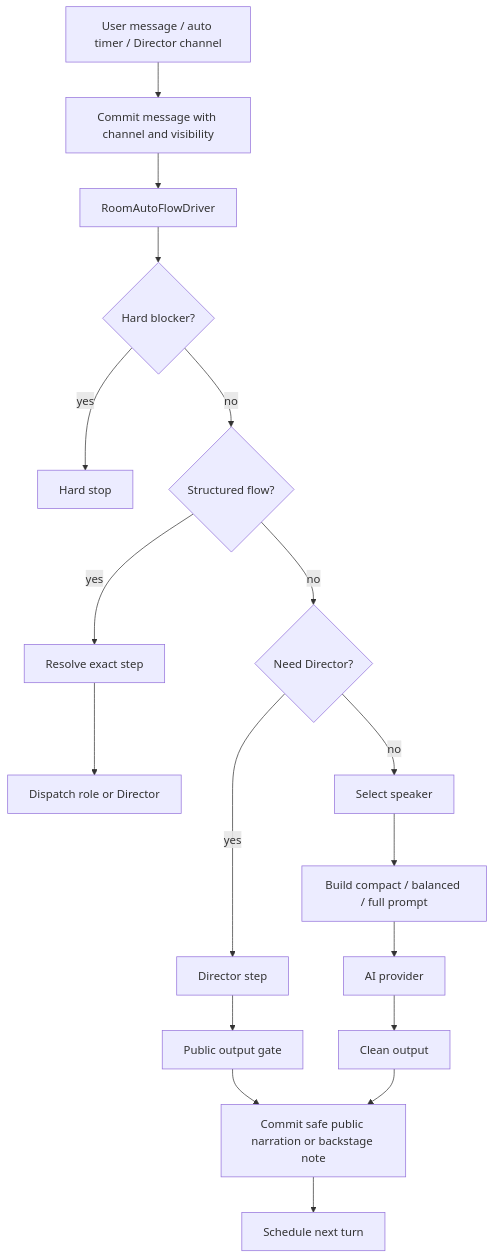
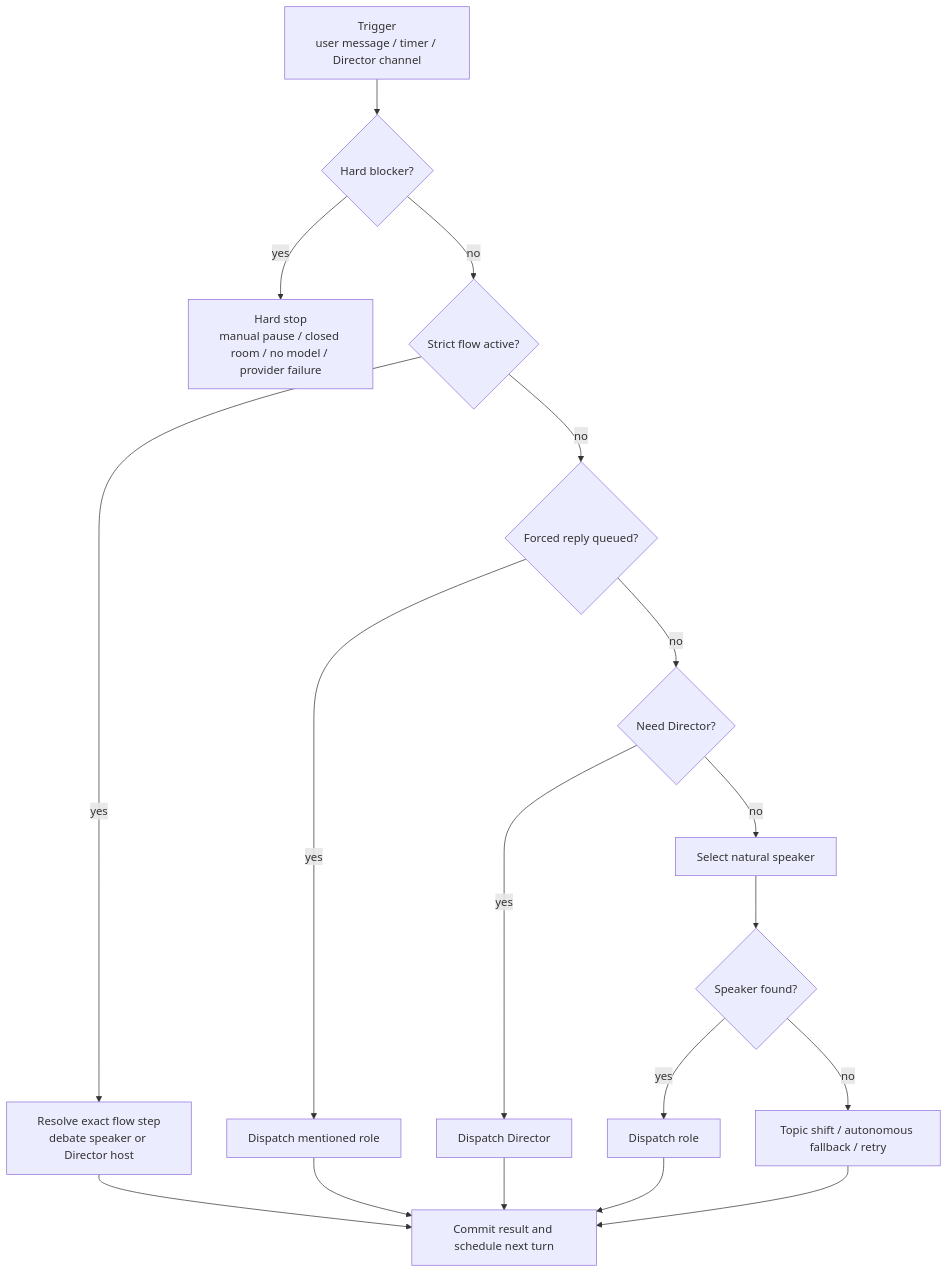
The third of 7 diagrams in docs/architecture-en.md (98k4jd2qgt-ship-it/CastRoom-AI), drawn with Mermaid before and after one commit. The commit also changed other lines of this file and 1 other file, not shown here.

Commit message:
docs: refine architecture documentation

````diff
--- a/docs/architecture-en.md
+++ b/docs/architecture-en.md
@@ -28,20 +72,20 @@
 ```mermaid
 flowchart TD
-  trigger["User message / auto timer / Director channel"] --> commit["Commit message with channel and visibility"]
-  commit --> driver["RoomAutoFlowDriver"]
-  driver --> hard{"Hard blocker?"}
-  hard -->|yes| stop["Hard stop"]
-  hard -->|no| structured{"Structured flow?"}
-  structured -->|yes| step["Resolve exact step"]
-  structured -->|no| directorNeed{"Need Director?"}
-  directorNeed -->|yes| directorStep["Director step"]
-  directorNeed -->|no| speaker["Select speaker"]
-  step --> dispatch["Dispatch role or Director"]
-  directorStep --> gate["Public output gate"]
-  speaker --> prompt["Build compact / balanced / full prompt"]
-  gate --> timeline["Commit safe public narration or backstage note"]
-  prompt --> provider["AI provider"]
-  provider --> clean["Clean output"]
-  clean --> timeline
-  timeline --> next["Schedule next turn"]
+  start["Trigger<br/>user message / timer / Director channel"] --> hard{"Hard blocker?"}
+  hard -->|yes| stop["Hard stop<br/>manual pause / closed room / no model / provider failure"]
+  hard -->|no| strict{"Strict flow active?"}
+  strict -->|yes| strictStep["Resolve exact flow step<br/>debate speaker or Director host"]
+  strict -->|no| forced{"Forced reply queued?"}
+  forced -->|yes| forcedRole["Dispatch mentioned role"]
+  forced -->|no| intervention{"Need Director?"}
+  intervention -->|yes| directorStep["Dispatch Director"]
+  intervention -->|no| natural["Select natural speaker"]
+  natural --> empty{"Speaker found?"}
+  empty -->|yes| roleTurn["Dispatch role"]
+  empty -->|no| fallback["Topic shift / autonomous fallback / retry"]
+  strictStep --> result["Commit result and schedule next turn"]
+  forcedRole --> result
+  directorStep --> result
+  roleTurn --> result
+  fallback --> result
 ```
````
